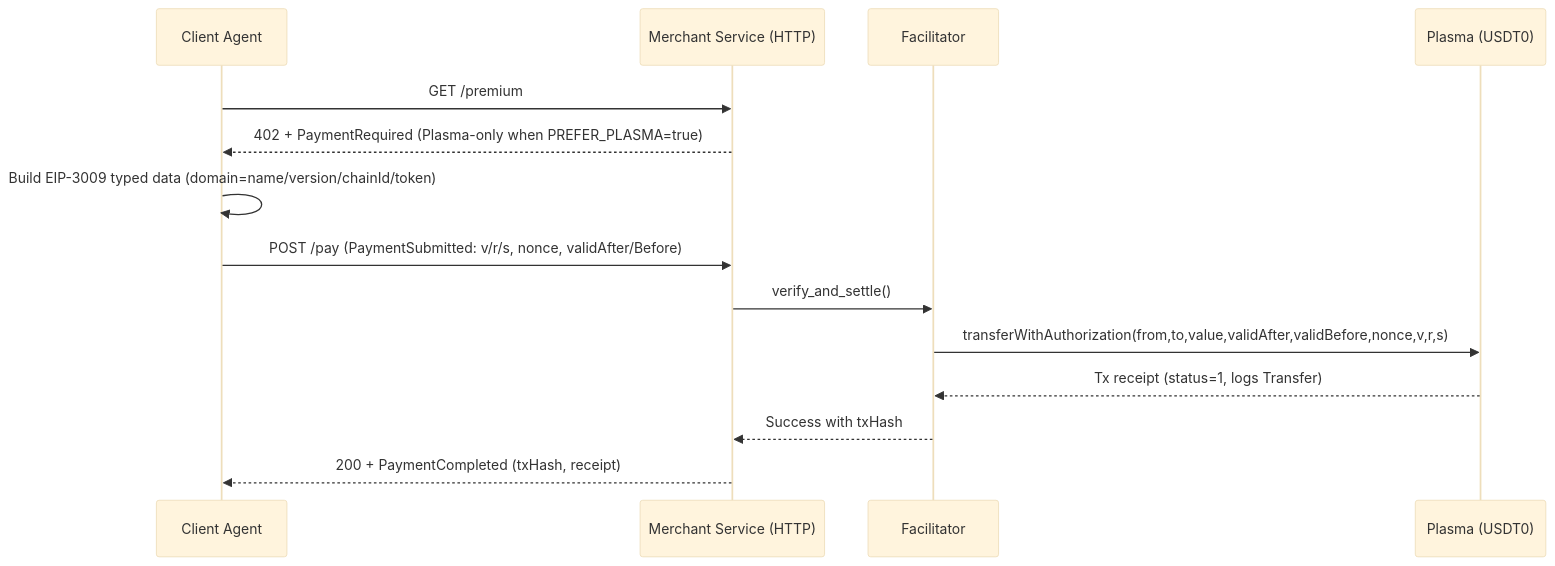
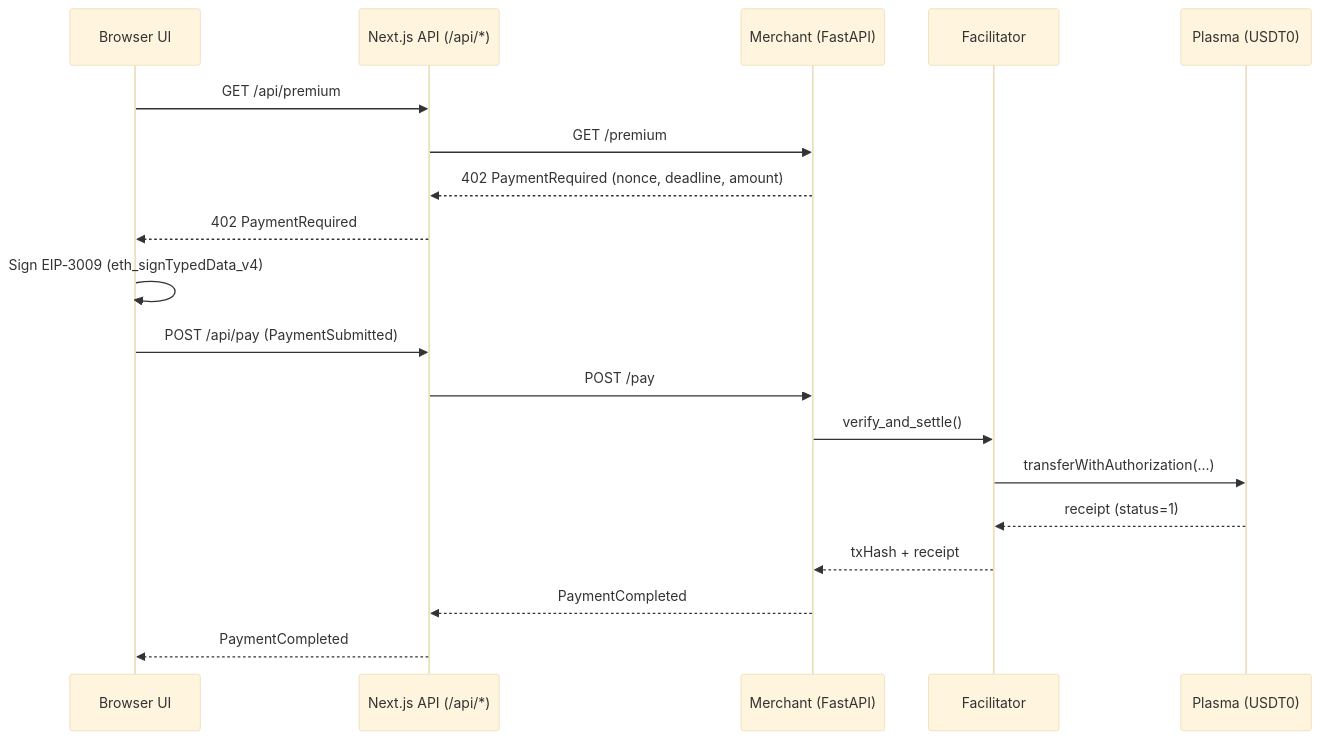
Before and after one commit to xkonjin/xUSDT: the second of 2 diagrams in README.md, drawn with Mermaid (base theme). The commit also changed other lines of this file, not shown here.

Commit message:
docs: rewrite README with concise quickstarts, API, and mermaid diagrams

````diff
--- a/README.md
+++ b/README.md
@@ -60,17 +71,22 @@
 ```mermaid
 sequenceDiagram
-    participant C as Client Agent
-    participant M as Merchant Service (HTTP)
-    participant F as Facilitator
-    participant P as Plasma (USDT0)
+  participant B as Browser UI
+  participant N as Next.js API (/api/*)
+  participant M as Merchant (FastAPI)
+  participant F as Facilitator
+  participant P as Plasma (USDT0)
 
-    C->>M: GET /premium
-    M-->>C: 402 + PaymentRequired (Plasma-only when PREFER_PLASMA=true)
-    C->>C: Build EIP-3009 typed data (domain=name/version/chainId/token)
-    C->>M: POST /pay (PaymentSubmitted: v/r/s, nonce, validAfter/Before)
-    M->>F: verify_and_settle()
-    F->>P: transferWithAuthorization(from,to,value,validAfter,validBefore,nonce,v,r,s)
-    P-->>F: Tx receipt (status=1, logs Transfer)
-    F-->>M: Success with txHash
-    M-->>C: 200 + PaymentCompleted (txHash, receipt)
+  B->>N: GET /api/premium
+  N->>M: GET /premium
+  M-->>N: 402 PaymentRequired (nonce, deadline, amount)
+  N-->>B: 402 PaymentRequired
+  B->>B: Sign EIP‑3009 (eth_signTypedData_v4)
+  B->>N: POST /api/pay (PaymentSubmitted)
+  N->>M: POST /pay
+  M->>F: verify_and_settle()
+  F->>P: transferWithAuthorization(...)
+  P-->>F: receipt (status=1)
+  F-->>M: txHash + receipt
+  M-->>N: PaymentCompleted
+  N-->>B: PaymentCompleted
 ```
````
